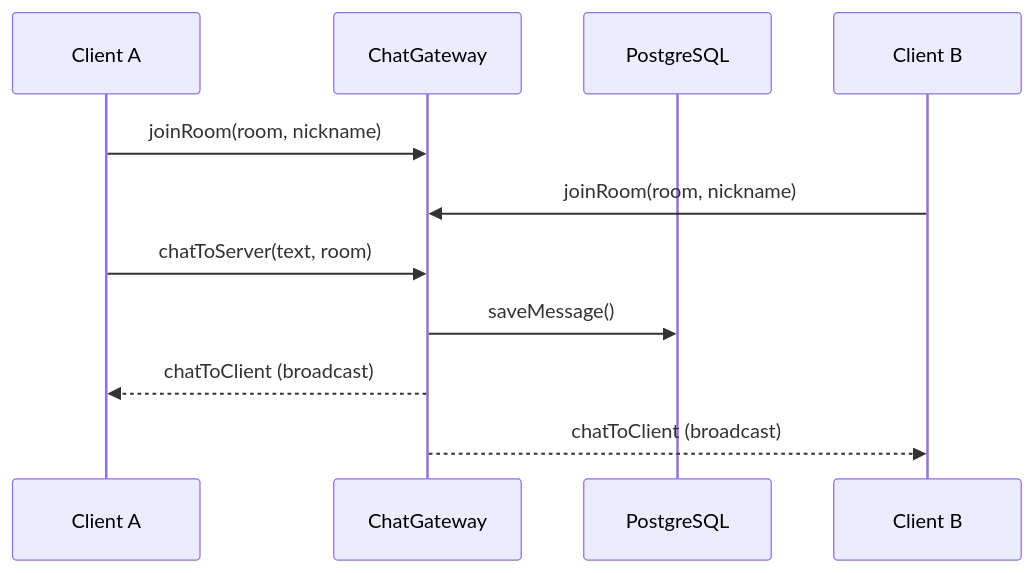
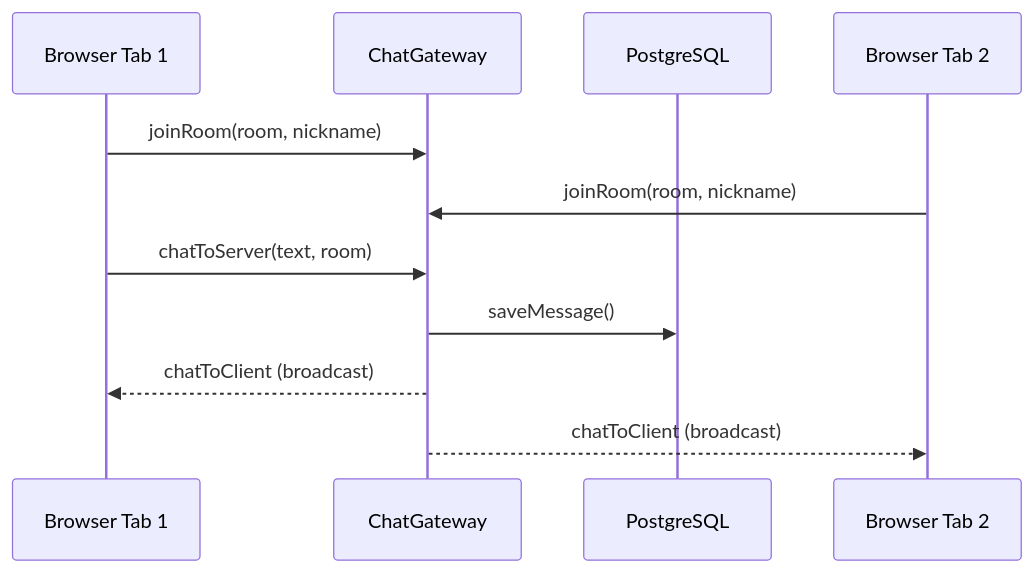
One commit to starci-lab/starci-academy-backend changed the diagram in .mount/data/courses/0-fullstack-mastery/modules/4-websocket-and-realtime-communication/contents/0-socketio-realtime-chat/en.md. Above: the diagram before and after it, drawn with Mermaid. The commit also changed other lines of this file and 69 other files, not shown here.

````diff
--- a/.mount/data/courses/0-fullstack-mastery/modules/4-websocket-and-realtime-communication/contents/0-socketio-realtime-chat/en.md
+++ b/.mount/data/courses/0-fullstack-mastery/modules/4-websocket-and-realtime-communication/contents/0-socketio-realtime-chat/en.md
@@ -44,13 +45,13 @@
 ```mermaid
 sequenceDiagram
-    participant C1 as Client A
+    participant C1 as Browser Tab 1
     participant GW as ChatGateway
     participant DB as PostgreSQL
-    participant C2 as Client B
+    participant C2 as Browser Tab 2
     C1->>GW: joinRoom(room, nickname)
     C2->>GW: joinRoom(room, nickname)
     C1->>GW: chatToServer(text, room)
     GW->>DB: saveMessage()
     GW-->>C1: chatToClient (broadcast)
     GW-->>C2: chatToClient (broadcast)
 ```
````
